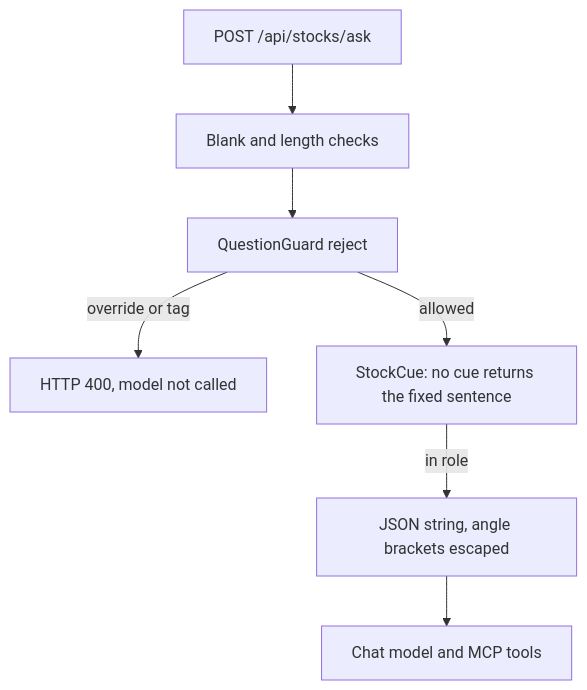
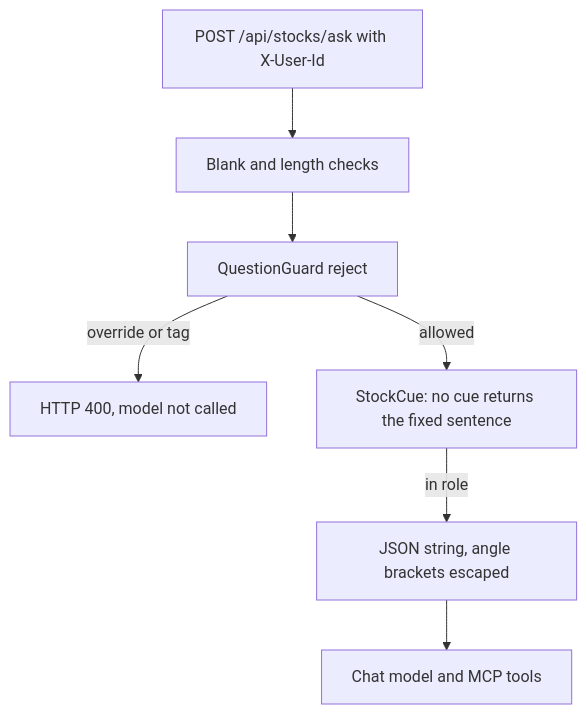
One commit to tufangorel/spring-boot-ai-stock-mcp changed the fourth of 11 diagrams in README.md. Above: the diagram before and after it, drawn with Mermaid. The commit also changed other lines of this file and 13 other files, not shown here.

````diff
--- a/README.md
+++ b/README.md
@@ -595,9 +608,9 @@
 ```mermaid
 flowchart TD
-    Request["POST /api/stocks/ask"] --> Length["Blank and length checks"]
+    Request["POST /api/stocks/ask with X-User-Id"] --> Length["Blank and length checks"]
     Length --> Guard["QuestionGuard reject"]
     Guard -->|override or tag| Reject["HTTP 400, model not called"]
     Guard -->|allowed| Cue["StockCue: no cue returns the fixed sentence"]
     Cue -->|in role| Encode["JSON string, angle brackets escaped"]
     Encode --> Model["Chat model and MCP tools"]
 ```
````
